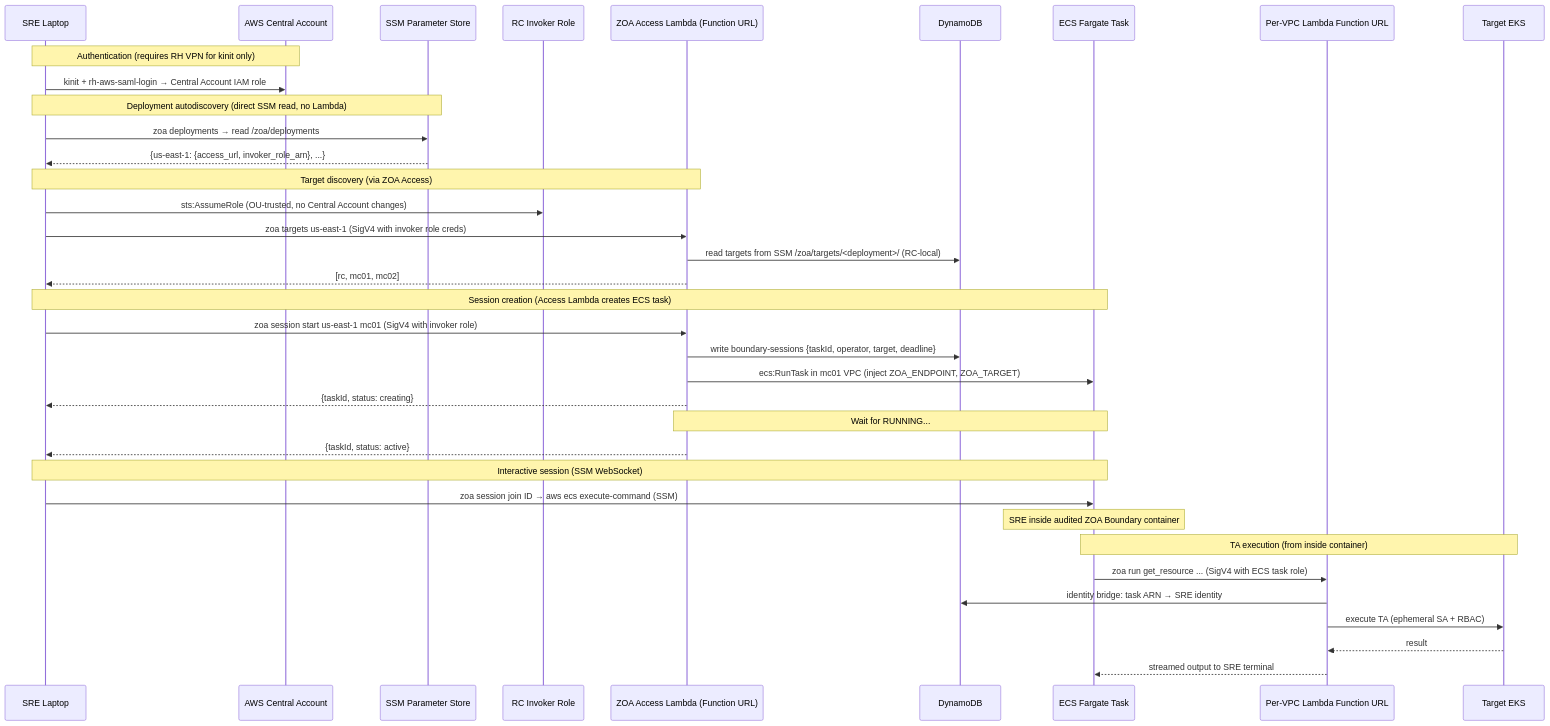
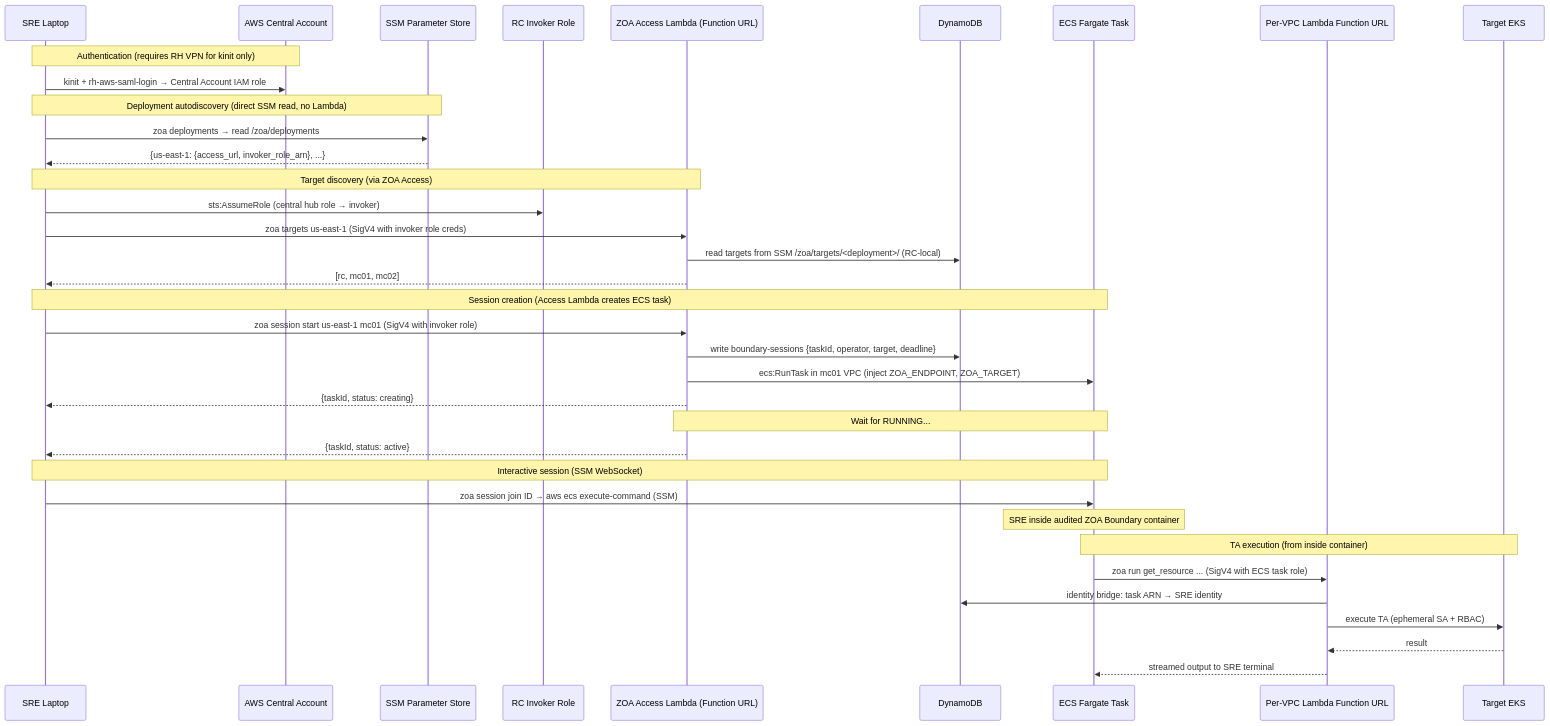
One commit to slopezz/rosa-hyperfleet-zoa changed the first of 7 diagrams in docs/design/zoa-boundary-epic-plan.md. Above: the diagram before and after it, drawn with Mermaid. The commit also changed other lines of this file, not shown here.

First line of the commit message:
docs(zoa-boundary): central-trusted invoker instead of OU path

````diff
--- a/docs/design/zoa-boundary-epic-plan.md
+++ b/docs/design/zoa-boundary-epic-plan.md
@@ -25,44 +25,44 @@
 ```mermaid
 sequenceDiagram
     participant SRE as SRE Laptop
     participant JA as AWS Central Account
     participant PS as SSM Parameter Store
     participant IR as RC Invoker Role
     participant AL as ZOA Access Lambda (Function URL)
     participant DDB as DynamoDB
     participant ECS as ECS Fargate Task
     participant FU as Per-VPC Lambda Function URL
     participant EKS as Target EKS
 
     Note over SRE,JA: Authentication (requires RH VPN for kinit only)
     SRE->>JA: kinit + rh-aws-saml-login → Central Account IAM role
 
     Note over SRE,PS: Deployment autodiscovery (direct SSM read, no Lambda)
     SRE->>PS: zoa deployments → read /zoa/deployments
     PS-->>SRE: {us-east-1: {access_url, invoker_role_arn}, ...}
 
     Note over SRE,AL: Target discovery (via ZOA Access)
-    SRE->>IR: sts:AssumeRole (OU-trusted, no Central Account changes)
+    SRE->>IR: sts:AssumeRole (central hub role → invoker)
     SRE->>AL: zoa targets us-east-1 (SigV4 with invoker role creds)
     AL->>DDB: read targets from SSM /zoa/targets/<deployment>/ (RC-local)
     AL-->>SRE: [rc, mc01, mc02]
 
     Note over SRE,ECS: Session creation (Access Lambda creates ECS task)
     SRE->>AL: zoa session start us-east-1 mc01 (SigV4 with invoker role)
     AL->>DDB: write boundary-sessions {taskId, operator, target, deadline}
     AL->>ECS: ecs:RunTask in mc01 VPC (inject ZOA_ENDPOINT, ZOA_TARGET)
     AL-->>SRE: {taskId, status: creating}
     Note over AL,ECS: Wait for RUNNING...
     AL-->>SRE: {taskId, status: active}
 
     Note over SRE,ECS: Interactive session (SSM WebSocket)
     SRE->>ECS: zoa session join ID → aws ecs execute-command (SSM)
     Note over ECS: SRE inside audited ZOA Boundary container
 
     Note over ECS,EKS: TA execution (from inside container)
     ECS->>FU: zoa run get_resource ... (SigV4 with ECS task role)
     FU->>DDB: identity bridge: task ARN → SRE identity
     FU->>EKS: execute TA (ephemeral SA + RBAC)
     EKS-->>FU: result
     FU-->>ECS: streamed output to SRE terminal
 ```
````
